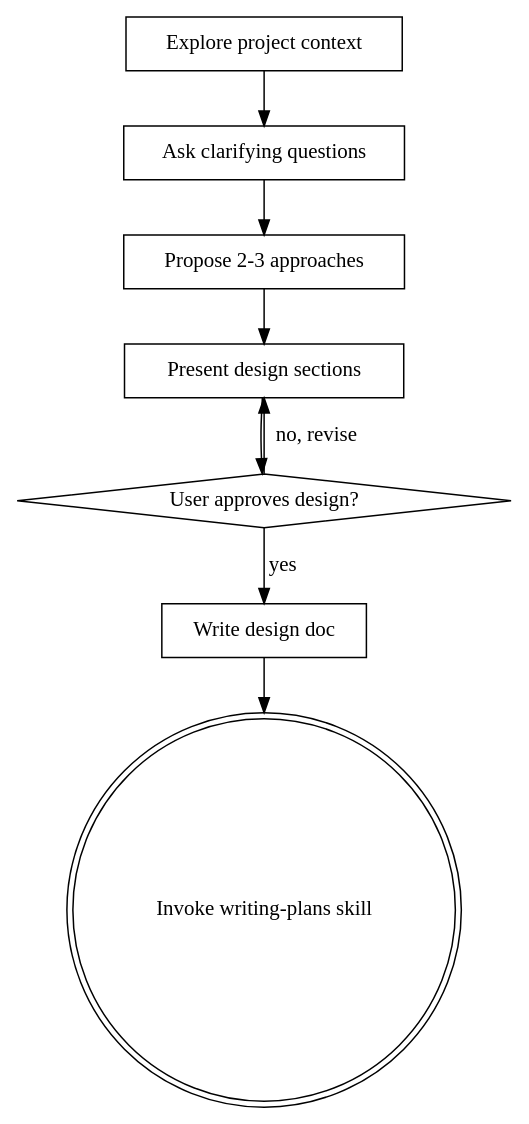
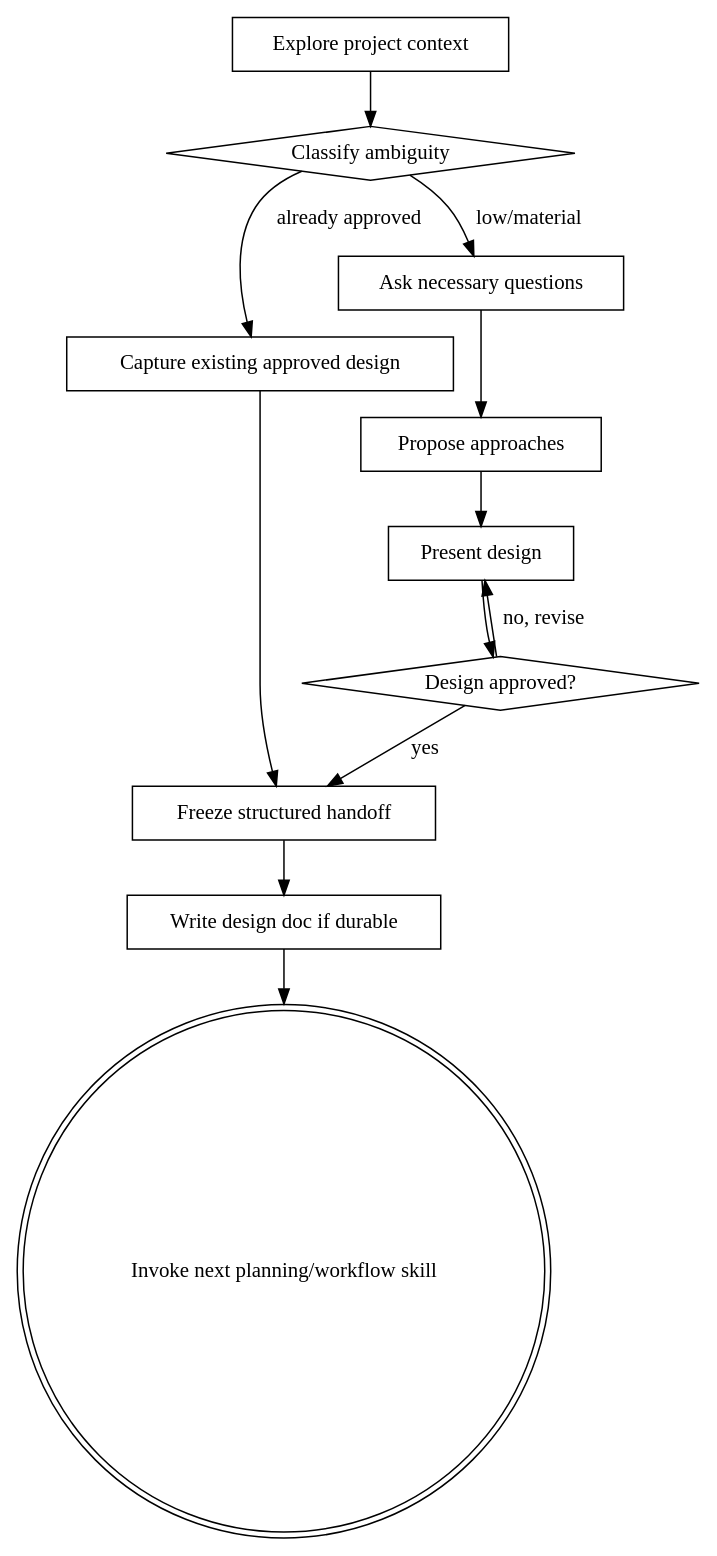
The diagram in skills/brainstorming/SKILL.md (AvaTar-ArTs/agent-skills), drawn with Graphviz before and after one commit. The commit also changed other lines of this file, not shown here.

Commit message:
feat: add ambiguity gates and structured design handoff

````diff
--- a/skills/brainstorming/SKILL.md
+++ b/skills/brainstorming/SKILL.md
@@ -39,19 +69,26 @@
 ```dot
 digraph brainstorming {
     "Explore project context" [shape=box];
-    "Ask clarifying questions" [shape=box];
-    "Propose 2-3 approaches" [shape=box];
-    "Present design sections" [shape=box];
-    "User approves design?" [shape=diamond];
-    "Write design doc" [shape=box];
-    "Invoke writing-plans skill" [shape=doublecircle];
+    "Classify ambiguity" [shape=diamond];
+    "Capture existing approved design" [shape=box];
+    "Ask necessary questions" [shape=box];
+    "Propose approaches" [shape=box];
+    "Present design" [shape=box];
+    "Design approved?" [shape=diamond];
+    "Freeze structured handoff" [shape=box];
+    "Write design doc if durable" [shape=box];
+    "Invoke next planning/workflow skill" [shape=doublecircle];
 
-    "Explore project context" -> "Ask clarifying questions";
-    "Ask clarifying questions" -> "Propose 2-3 approaches";
-    "Propose 2-3 approaches" -> "Present design sections";
-    "Present design sections" -> "User approves design?";
-    "User approves design?" -> "Present design sections" [label="no, revise"];
-    "User approves design?" -> "Write design doc" [label="yes"];
-    "Write design doc" -> "Invoke writing-plans skill";
+    "Explore project context" -> "Classify ambiguity";
+    "Classify ambiguity" -> "Capture existing approved design" [label="already approved"];
+    "Classify ambiguity" -> "Ask necessary questions" [label="low/material"];
+    "Ask necessary questions" -> "Propose approaches";
+    "Propose approaches" -> "Present design";
+    "Present design" -> "Design approved?";
+    "Design approved?" -> "Present design" [label="no, revise"];
+    "Design approved?" -> "Freeze structured handoff" [label="yes"];
+    "Capture existing approved design" -> "Freeze structured handoff";
+    "Freeze structured handoff" -> "Write design doc if durable";
+    "Write design doc if durable" -> "Invoke next planning/workflow skill";
 }
 ```
````
